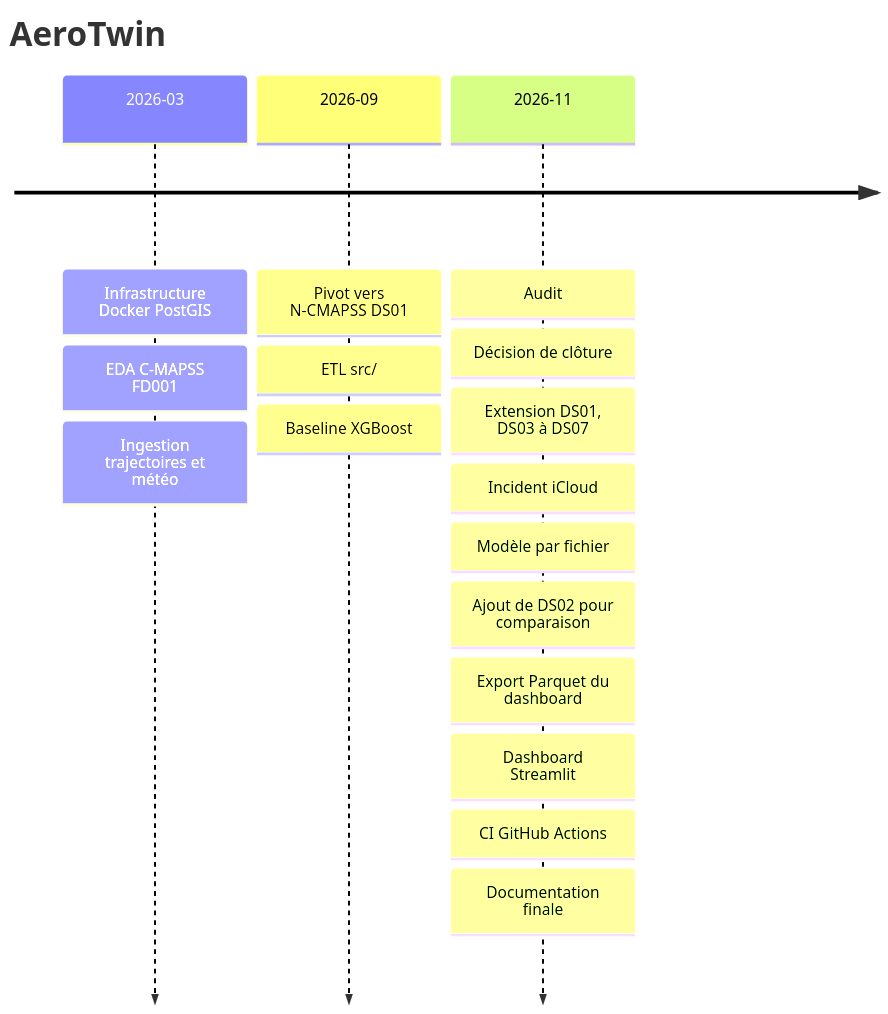
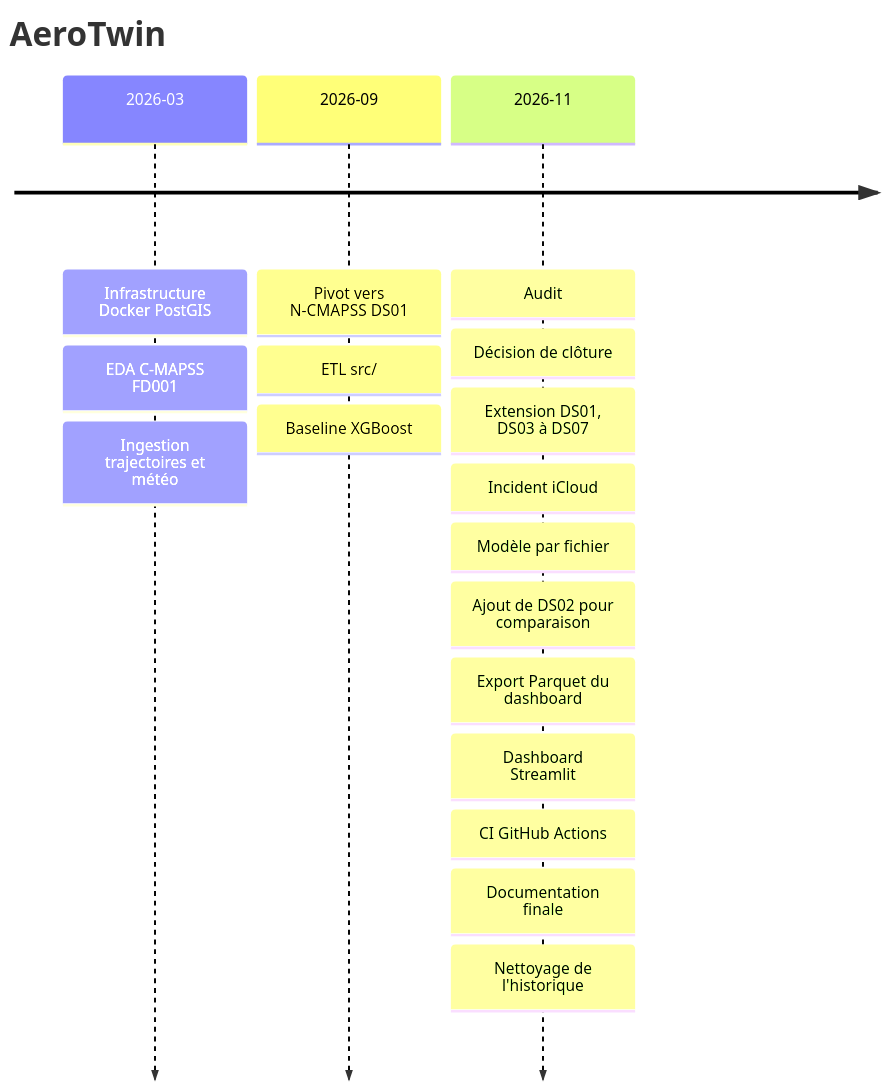
The diagram in README.md (Willthethreat8/aerotwin), drawn with Mermaid before and after one commit. The commit also changed other lines of this file and 2 other files, not shown here.

````diff
--- a/README.md
+++ b/README.md
@@ -97,7 +97,7 @@
 ```mermaid
 timeline
     title AeroTwin
     2026-03 : Infrastructure Docker PostGIS : EDA C-MAPSS FD001 : Ingestion trajectoires et météo
     2026-09 : Pivot vers N-CMAPSS DS01 : ETL src/ : Baseline XGBoost
-    2026-11 : Audit : Décision de clôture : Extension DS01, DS03 à DS07 : Incident iCloud : Modèle par fichier : Ajout de DS02 pour comparaison : Export Parquet du dashboard : Dashboard Streamlit : CI GitHub Actions : Documentation finale
+    2026-11 : Audit : Décision de clôture : Extension DS01, DS03 à DS07 : Incident iCloud : Modèle par fichier : Ajout de DS02 pour comparaison : Export Parquet du dashboard : Dashboard Streamlit : CI GitHub Actions : Documentation finale : Nettoyage de l'historique
 ```
````
